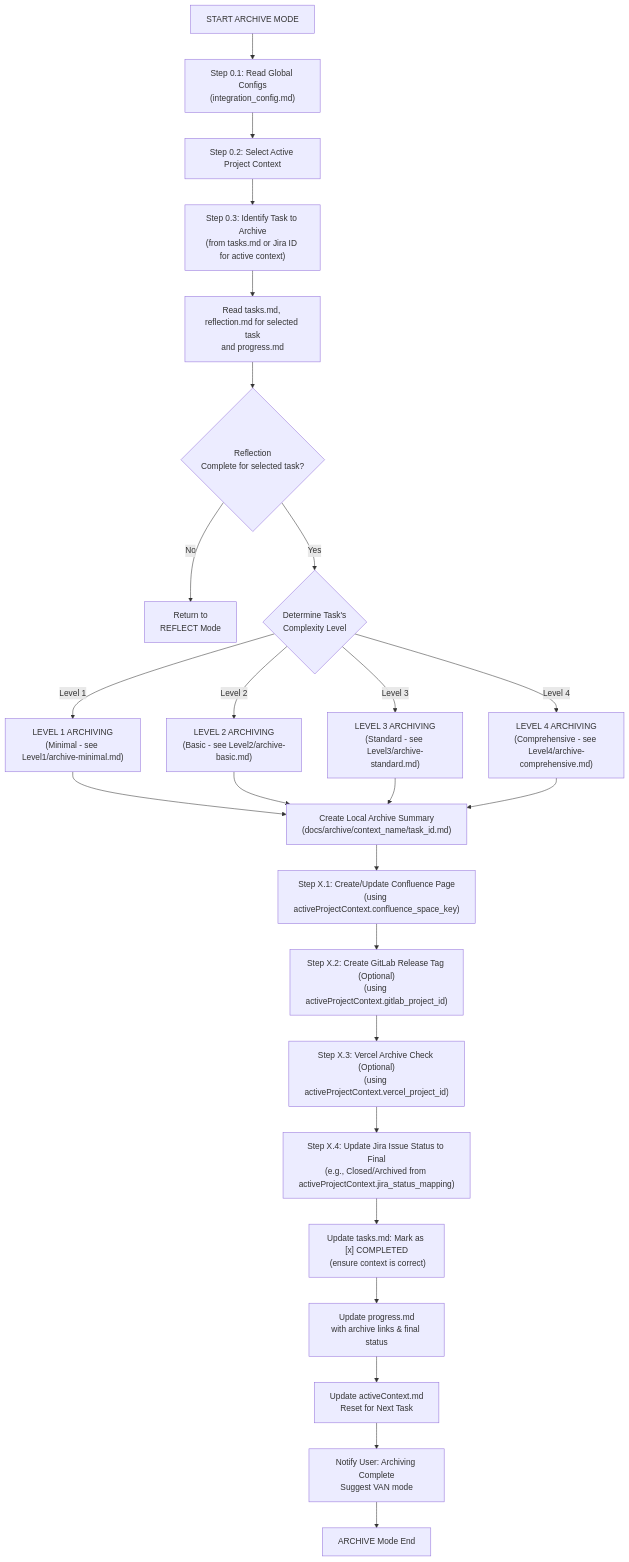
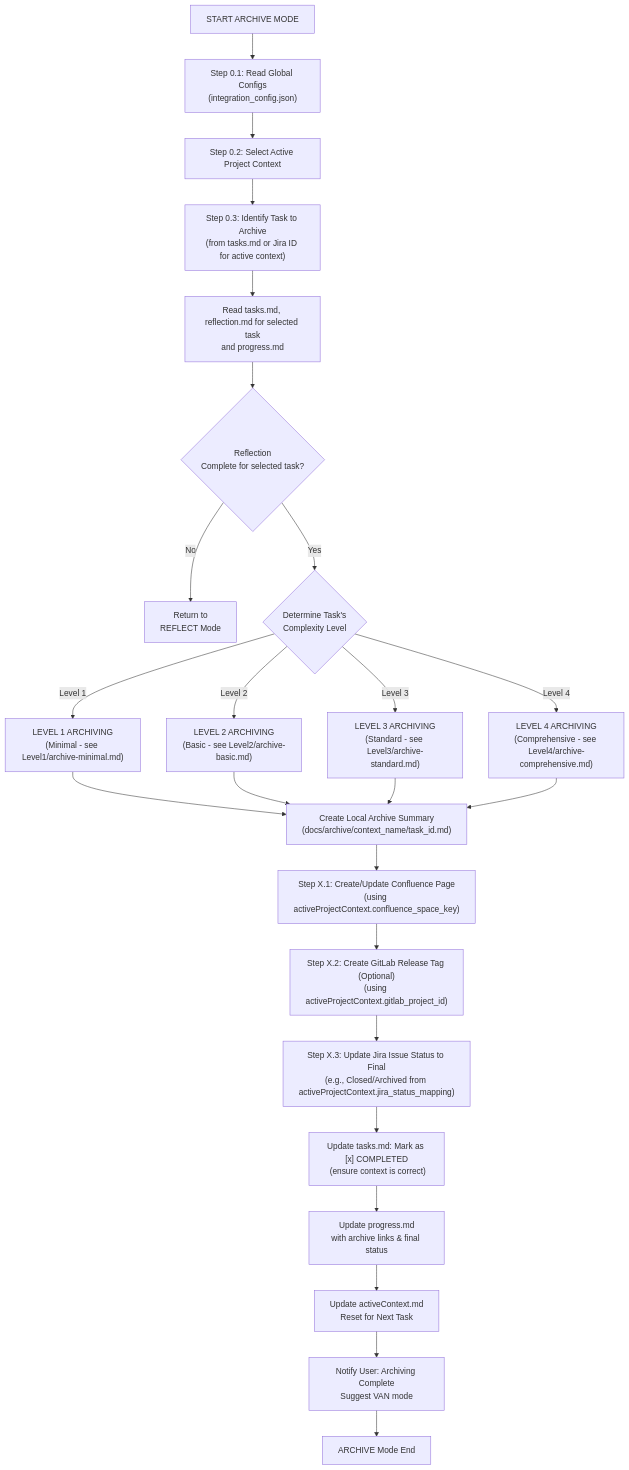
Before and after one commit to ms-moar/cursor-tools: the first of 5 diagrams in .cursor/rules/isolation_rules/visual-maps/archive-mode-map.mdc, drawn with Mermaid. The commit also changed other lines of this file and 13 other files, not shown here.

````diff
--- a/.cursor/rules/isolation_rules/visual-maps/archive-mode-map.mdc
+++ b/.cursor/rules/isolation_rules/visual-maps/archive-mode-map.mdc
@@ -12,31 +19,30 @@
 ```mermaid
 graph TD
-    Start["START ARCHIVE MODE"] --> ReadGlobalConfig["Step 0.1: Read Global Configs<br>(integration_config.md)"]
+    Start["START ARCHIVE MODE"] --> ReadGlobalConfig["Step 0.1: Read Global Configs<br>(integration_config.json)"]
     ReadGlobalConfig --> SelectActiveContext["Step 0.2: Select Active Project Context"]
     SelectActiveContext --> IdentifyTaskToArchive["Step 0.3: Identify Task to Archive<br>(from tasks.md or Jira ID for active context)"]
     IdentifyTaskToArchive --> ReadRelevantDocs["Read tasks.md, reflection.md for selected task<br>and progress.md"]
     
     ReadRelevantDocs --> VerifyReflect{"Reflection<br>Complete for selected task?"}
     VerifyReflect -->|"No"| ReturnReflect["Return to<br>REFLECT Mode"]
     VerifyReflect -->|"Yes"| AssessLevel{"Determine Task's<br>Complexity Level"}
     
     AssessLevel -->|"Level 1"| L1Archive["LEVEL 1 ARCHIVING<br>(Minimal - see Level1/archive-minimal.md)"]
     AssessLevel -->|"Level 2"| L2Archive["LEVEL 2 ARCHIVING<br>(Basic - see Level2/archive-basic.md)"]
     AssessLevel -->|"Level 3"| L3Archive["LEVEL 3 ARCHIVING<br>(Standard - see Level3/archive-standard.md)"]
     AssessLevel -->|"Level 4"| L4Archive["LEVEL 4 ARCHIVING<br>(Comprehensive - see Level4/archive-comprehensive.md)"]
     
     L1Archive --> CreateLocalArchiveDoc["Create Local Archive Summary<br>(docs/archive/context_name/task_id.md)"]
     L2Archive --> CreateLocalArchiveDoc
     L3Archive --> CreateLocalArchiveDoc
     L4Archive --> CreateLocalArchiveDoc
 
     CreateLocalArchiveDoc --> UpdateConfluence["Step X.1: Create/Update Confluence Page<br>(using activeProjectContext.confluence_space_key)"]
     UpdateConfluence --> GitLabTag["Step X.2: Create GitLab Release Tag (Optional)<br>(using activeProjectContext.gitlab_project_id)"]
-    GitLabTag --> VercelArchiveCheck["Step X.3: Vercel Archive Check (Optional)<br>(using activeProjectContext.vercel_project_id)"]
-    VercelArchiveCheck --> JiraUpdate["Step X.4: Update Jira Issue Status to Final<br>(e.g., Closed/Archived from activeProjectContext.jira_status_mapping)"]
+    GitLabTag --> JiraUpdate["Step X.3: Update Jira Issue Status to Final<br>(e.g., Closed/Archived from activeProjectContext.jira_status_mapping)"]
     JiraUpdate --> UpdateTasksMD["Update tasks.md: Mark as [x] COMPLETED<br> (ensure context is correct)"]
     UpdateTasksMD --> UpdateProgressMD["Update progress.md<br>with archive links & final status"]    
     UpdateProgressMD --> UpdateActiveContext["Update activeContext.md<br>Reset for Next Task"]
     UpdateActiveContext --> FinalNotify["Notify User: Archiving Complete<br>Suggest VAN mode"]
     FinalNotify --> End["ARCHIVE Mode End"]
 ```
````
